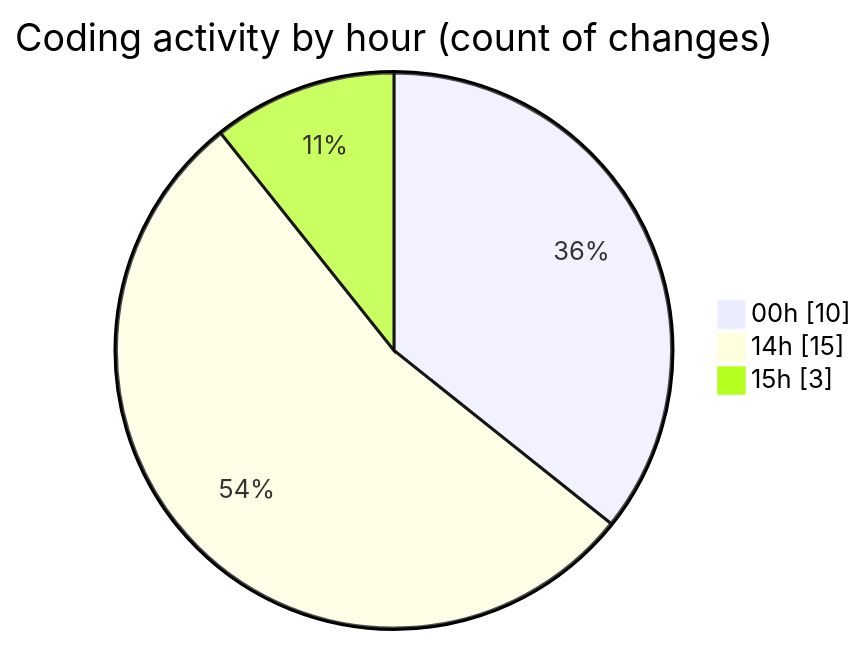
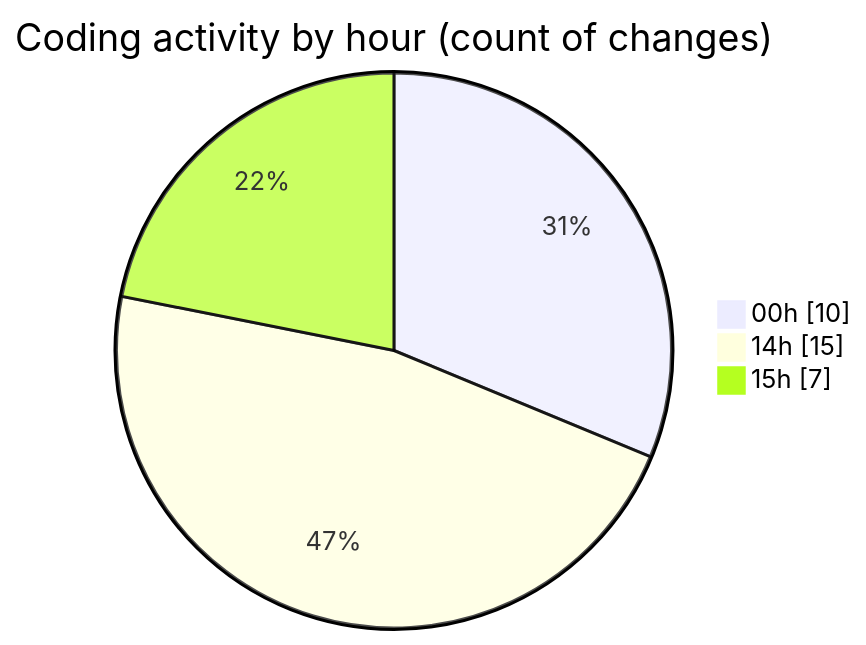
One commit to Netris89/code-tracking changed the second of 2 diagrams in 2025-04-07/echo/README.md. Above: the diagram before and after it, drawn with Mermaid. The commit also changed other lines of this file and 1 other file, not shown here.

````diff
--- a/2025-04-07/echo/README.md
+++ b/2025-04-07/echo/README.md
@@ -35,7 +35,7 @@
 ```mermaid
 pie showData
 title Coding activity by hour (count of changes)
 "00h" : 10
 "14h" : 15
-"15h" : 3
+"15h" : 7
 ```
````
